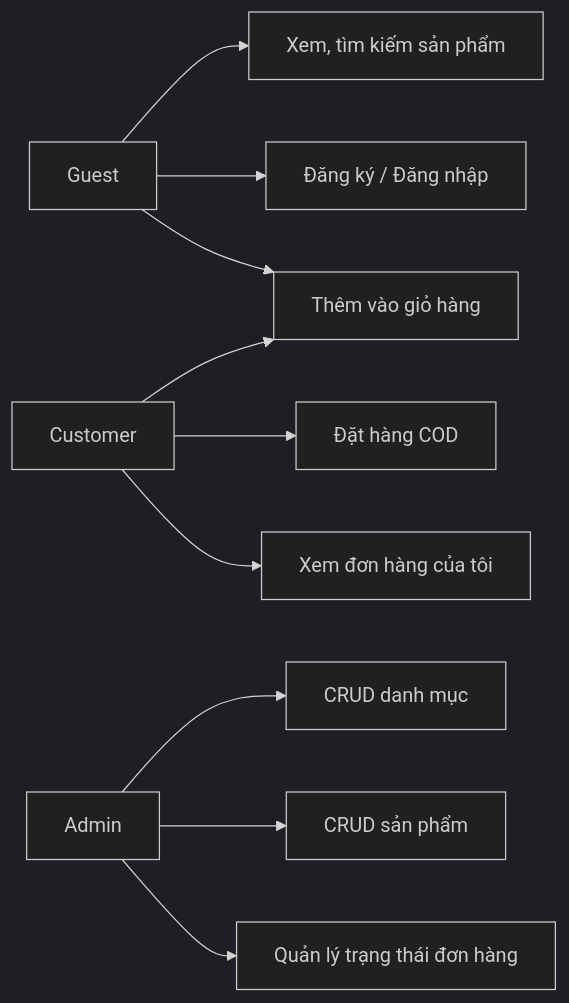
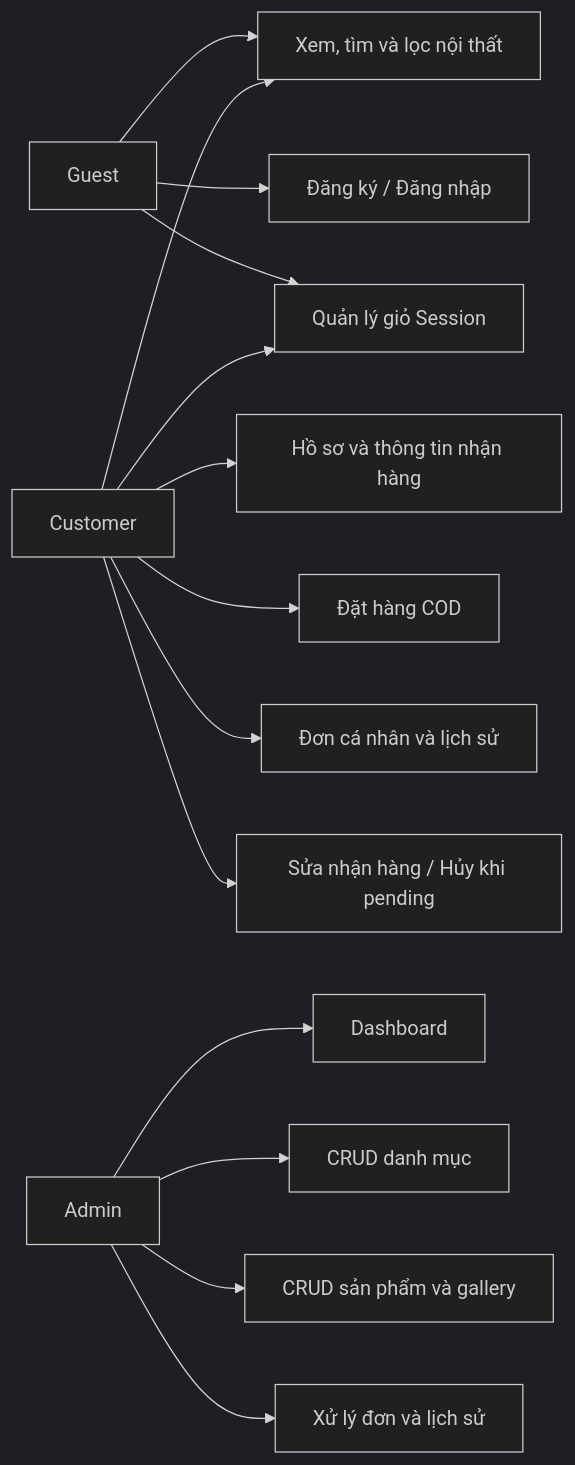
The first of 4 diagrams in docs/BAO_CAO.md (longdt2025/nest-market-laravel), drawn with Mermaid (dark theme) before and after one commit. The commit also changed other lines of this file and 5 other files, not shown here.

````diff
--- a/docs/BAO_CAO.md
+++ b/docs/BAO_CAO.md
@@ -20,12 +25,16 @@
 ```mermaid
 flowchart LR
-  G[Guest] --> P[Xem, tìm kiếm sản phẩm]
-  G --> R[Đăng ký / Đăng nhập]
-  G --> C[Thêm vào giỏ hàng]
-  U[Customer] --> C
-  U --> O[Đặt hàng COD]
-  U --> M[Xem đơn hàng của tôi]
-  A[Admin] --> CAT[CRUD danh mục]
-  A --> PROD[CRUD sản phẩm]
-  A --> ADMINO[Quản lý trạng thái đơn hàng]
+    G[Guest] --> S[Xem, tìm và lọc nội thất]
+    G --> A[Đăng ký / Đăng nhập]
+    G --> C[Quản lý giỏ Session]
+    U[Customer] --> S
+    U --> C
+    U --> P[Hồ sơ và thông tin nhận hàng]
+    U --> O[Đặt hàng COD]
+    U --> H[Đơn cá nhân và lịch sử]
+    U --> E[Sửa nhận hàng / Hủy khi pending]
+    M[Admin] --> D[Dashboard]
+    M --> CAT[CRUD danh mục]
+    M --> PROD[CRUD sản phẩm và gallery]
+    M --> ORD[Xử lý đơn và lịch sử]
 ```
````
